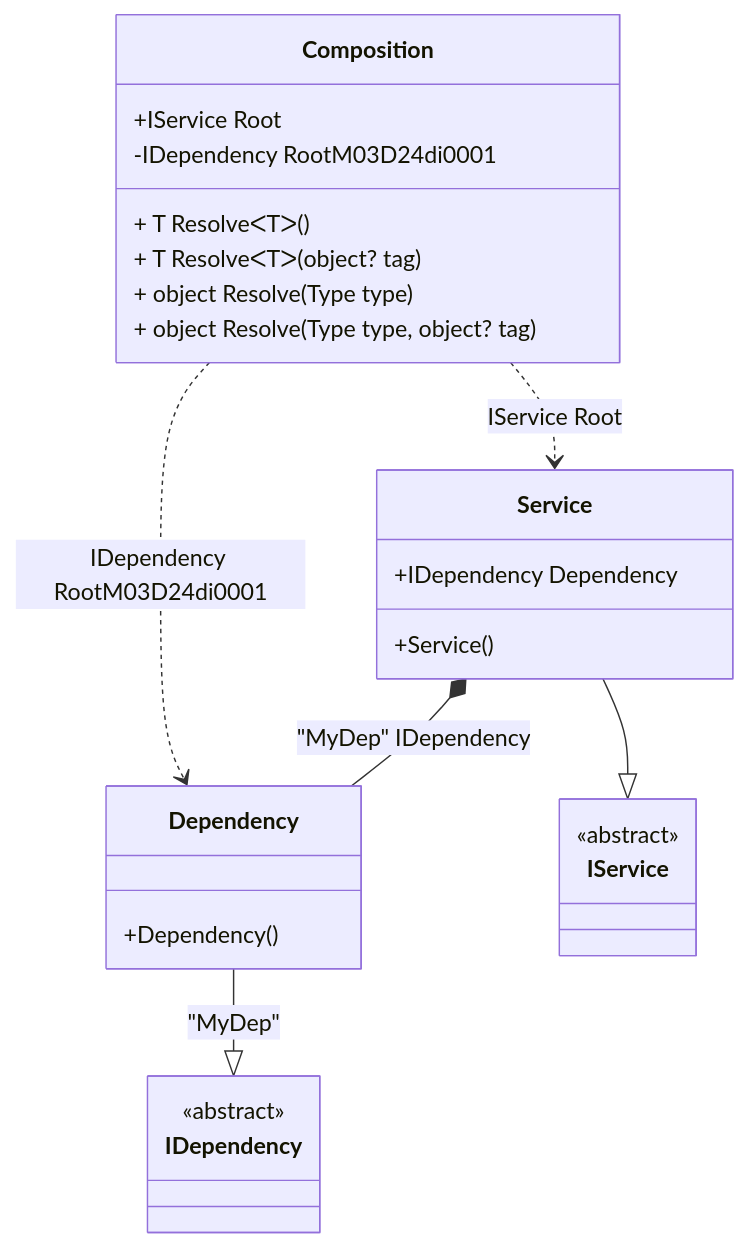
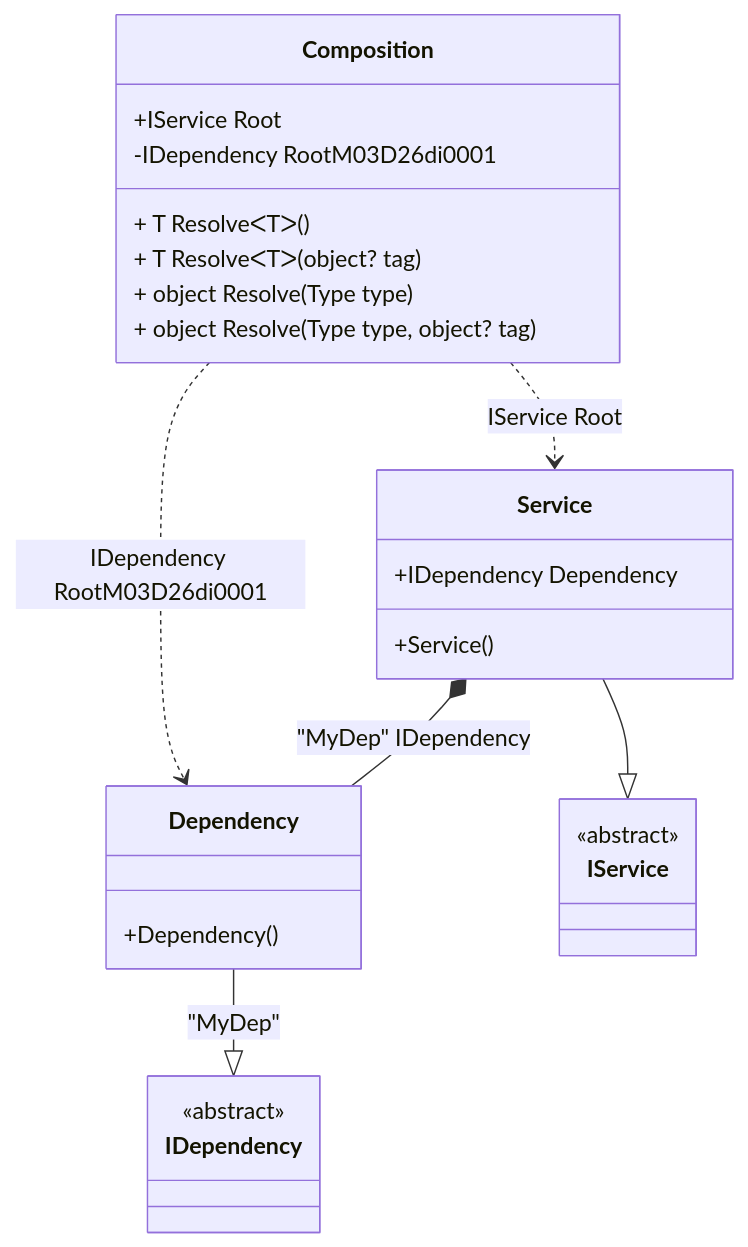
The diagram in readme/check-for-a-root.md (DevTeam/Pure.DI), drawn with Mermaid before and after one commit. The commit also changed other lines of this file and 78 other files, not shown here.

````diff
--- a/readme/check-for-a-root.md
+++ b/readme/check-for-a-root.md
@@ -63,29 +63,29 @@
 ```mermaid
 classDiagram
   class Composition {
     +IService Root
-    -IDependency RootM03D24di0001
+    -IDependency RootM03D26di0001
     + T ResolveᐸTᐳ()
     + T ResolveᐸTᐳ(object? tag)
     + object Resolve(Type type)
     + object Resolve(Type type, object? tag)
   }
   Dependency --|> IDependency : "MyDep" 
   class Dependency {
     +Dependency()
   }
   Service --|> IService : 
   class Service {
     +Service()
     +IDependency Dependency
   }
   class IDependency {
     <<abstract>>
   }
   class IService {
     <<abstract>>
   }
   Service *--  Dependency : "MyDep"  IDependency
-  Composition ..> Dependency : IDependency RootM03D24di0001
+  Composition ..> Dependency : IDependency RootM03D26di0001
   Composition ..> Service : IService Root
 ```
````
